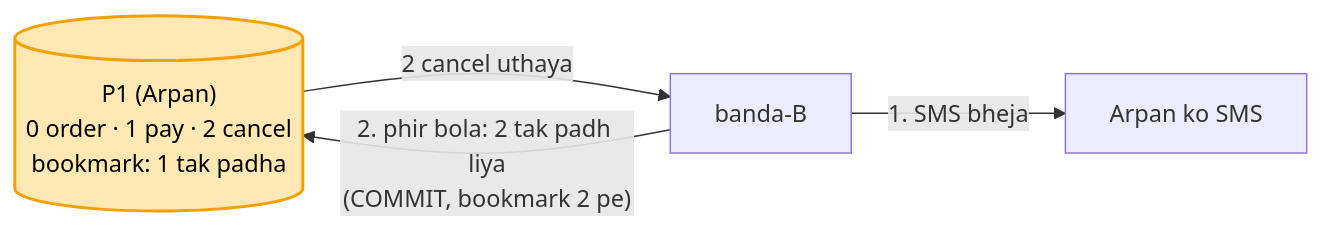
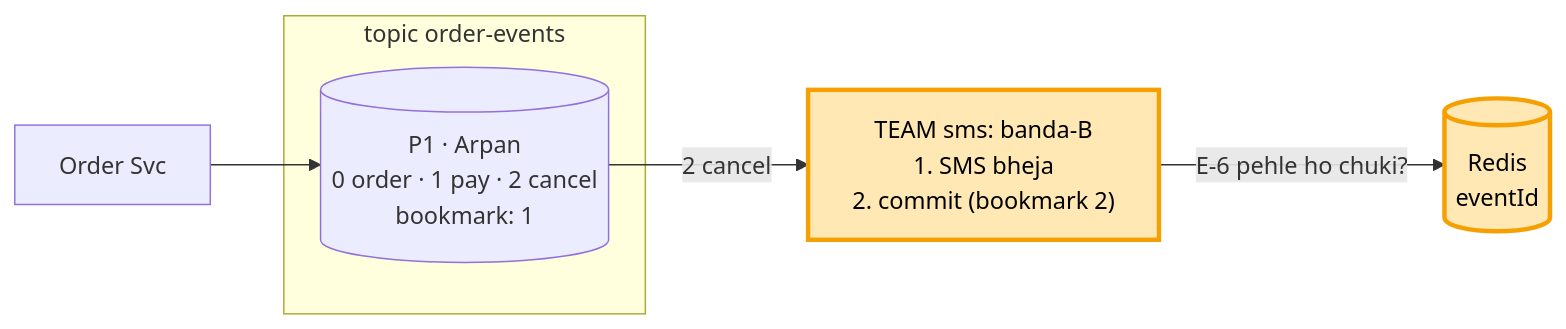
Before and after one commit to ArpanMaheshwari144/Prep: the fourth of 8 diagrams in 04_HLD/SYSTEM_DESIGNS/12_message_queue_kafka/kafka_concepts.md, drawn with Mermaid. The commit also changed other lines of this file, not shown here.

Commit message:
kafka concepts: har diagram pichhle ko aage badhata, peela = naya juda

````diff
--- a/04_HLD/SYSTEM_DESIGNS/12_message_queue_kafka/kafka_concepts.md
+++ b/04_HLD/SYSTEM_DESIGNS/12_message_queue_kafka/kafka_concepts.md
@@ -100,7 +97,11 @@
 ```mermaid
 flowchart LR
-    P1[("P1 (Arpan)<br/>0 order · 1 pay · 2 cancel<br/>bookmark: 1 tak padha")] -- "2 cancel uthaya" --> B["banda-B"]
-    B -- "1. SMS bheja" --> S["Arpan ko SMS"]
-    B -- "2. phir bola: 2 tak padh liya<br/>(COMMIT, bookmark 2 pe)" --> P1
-    style P1 fill:#ffe8b3,stroke:#f59f00,stroke-width:2px,color:#000
+    O["Order Svc"] --> P1
+    subgraph T["topic order-events"]
+        P1[("P1 · Arpan<br/>0 order · 1 pay · 2 cancel<br/>bookmark: 1")]
+    end
+    P1 -- "2 cancel" --> B["TEAM sms: banda-B<br/>1. SMS bheja<br/>2. commit (bookmark 2)"]
+    B -- "E-6 pehle ho chuki?" --> R[("Redis<br/>eventId")]
+    style B fill:#ffe8b3,stroke:#f59f00,stroke-width:3px,color:#000
+    style R fill:#ffe8b3,stroke:#f59f00,stroke-width:3px,color:#000
 ```
````
